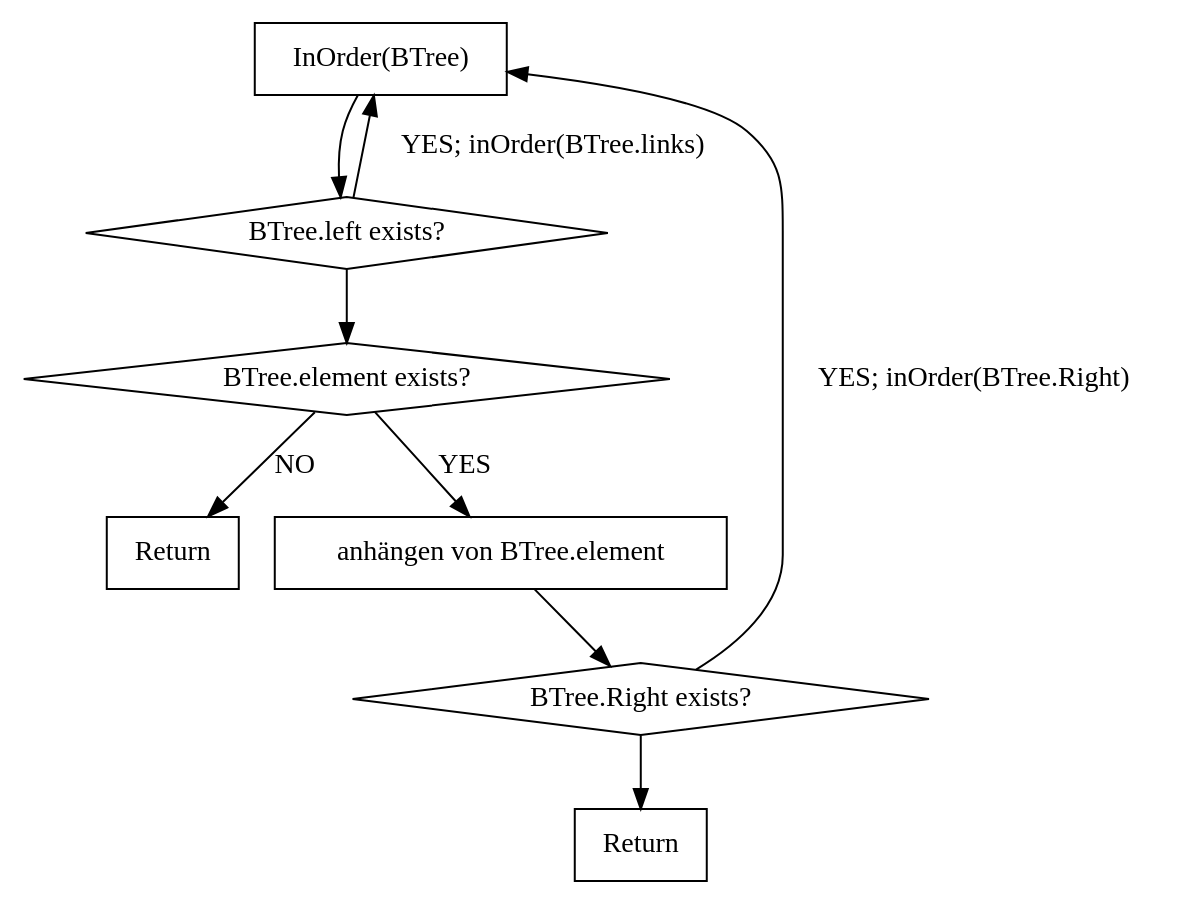
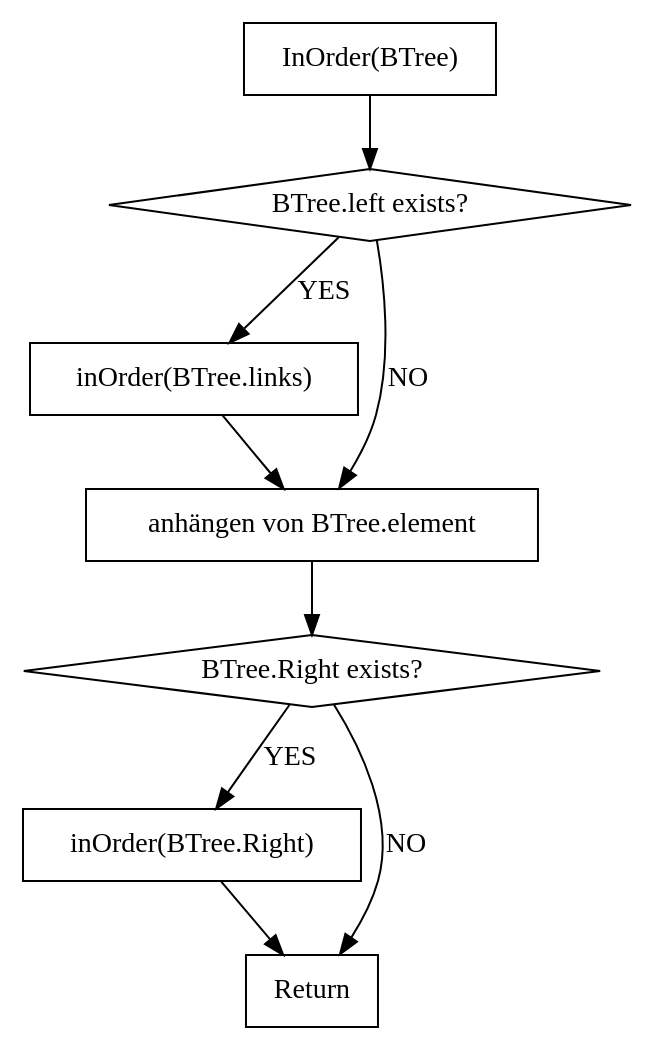
Before and after one commit to hugoppp-uni/Algorithmen-und-Datenstrukturen: the diagram in doc/InOrder.gv, drawn with Graphviz.

```diff
--- a/doc/InOrder.gv
+++ b/doc/InOrder.gv
@@ -1,28 +1,28 @@
 digraph Q {
 
 node [shape = box];
 compound = true;
 
 //inOrder
     a1 [label = "InOrder(BTree)"]
     a1 -> a2
     a2 [label = "BTree.left exists?" shape = diamond]
-    a2 -> a1 [label = "YES; inOrder(BTree.links)"]
-    a2 -> a3
-    a3 [label = "BTree.element exists?" shape = diamond]
-    a3 -> b1 [label = "NO"]
-    b1 [label = "Return"]
-    a3 -> a4 [label = "YES"]
+    a2 ->   z1[label = "YES"]
+    z1 [label = "inOrder(BTree.links)"]
+    z1 -> a4
+
+    a2 -> a4 [label = "NO"]
     a4 [label = "anhängen von BTree.element"]
     a4 -> a5
     a5 [label = "BTree.Right exists?", shape = diamond]
-    a5 -> a1 [label = "YES; inOrder(BTree.Right)"]
-    a5 -> a6 [label = ""]
+    a5 -> z2 [label = "YES"]
+    z2 [label = "inOrder(BTree.Right)"]
+    z2 -> a6
+    a5 -> a6 [label = "NO"]
     a6 [label = "Return"]
 
-//a4 -> a3
 
 
 
 
 }
```
